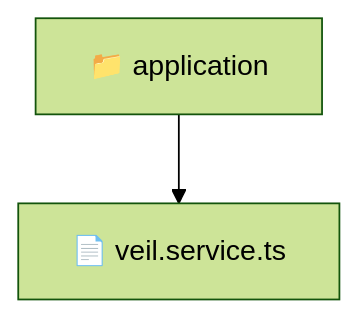
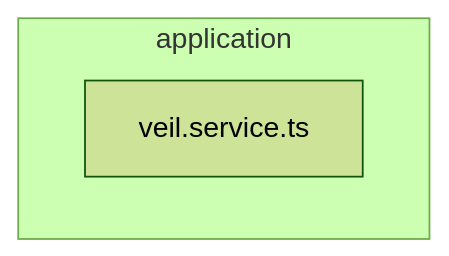
Before and after one commit to beginwebdev2002/fullstack-mavluda: the diagram in backend/src/modules/veil/application/README.md, drawn with Mermaid (forest theme). The commit also changed other lines of this file and 163 other files, not shown here.

````diff
--- a/backend/src/modules/veil/application/README.md
+++ b/backend/src/modules/veil/application/README.md
@@ -9,5 +15,6 @@
 ```mermaid
 graph TD
-  Root["📁 application"]
-  Root --> veil_service_ts["📄 veil.service.ts"]
+  subgraph application
+    veil_service_ts["veil.service.ts"]
+  end
 ```
````
